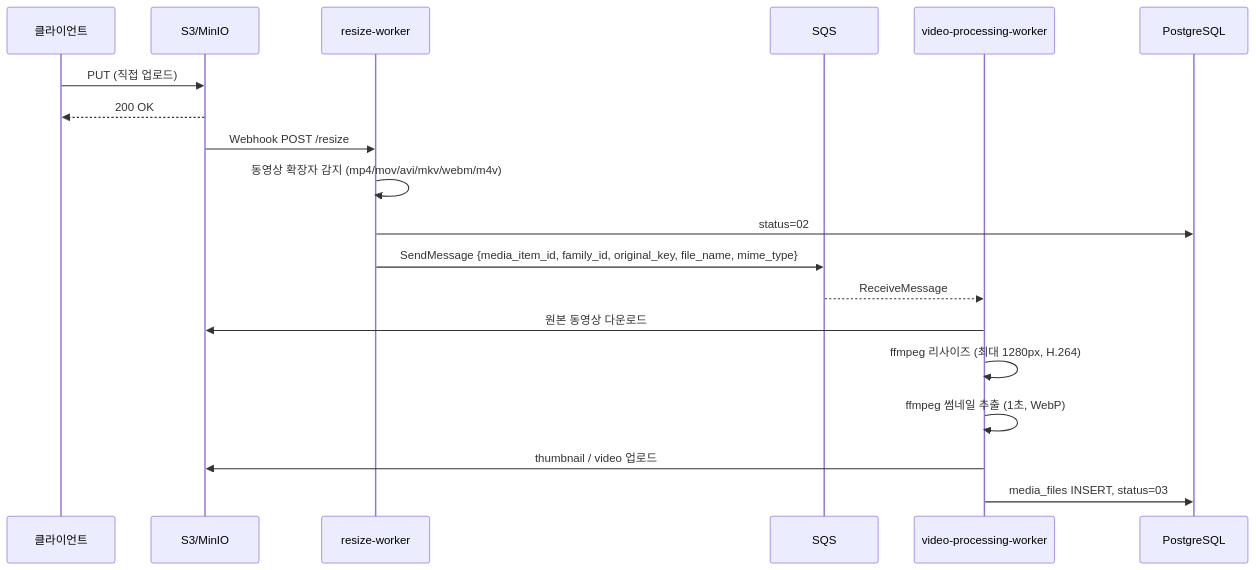
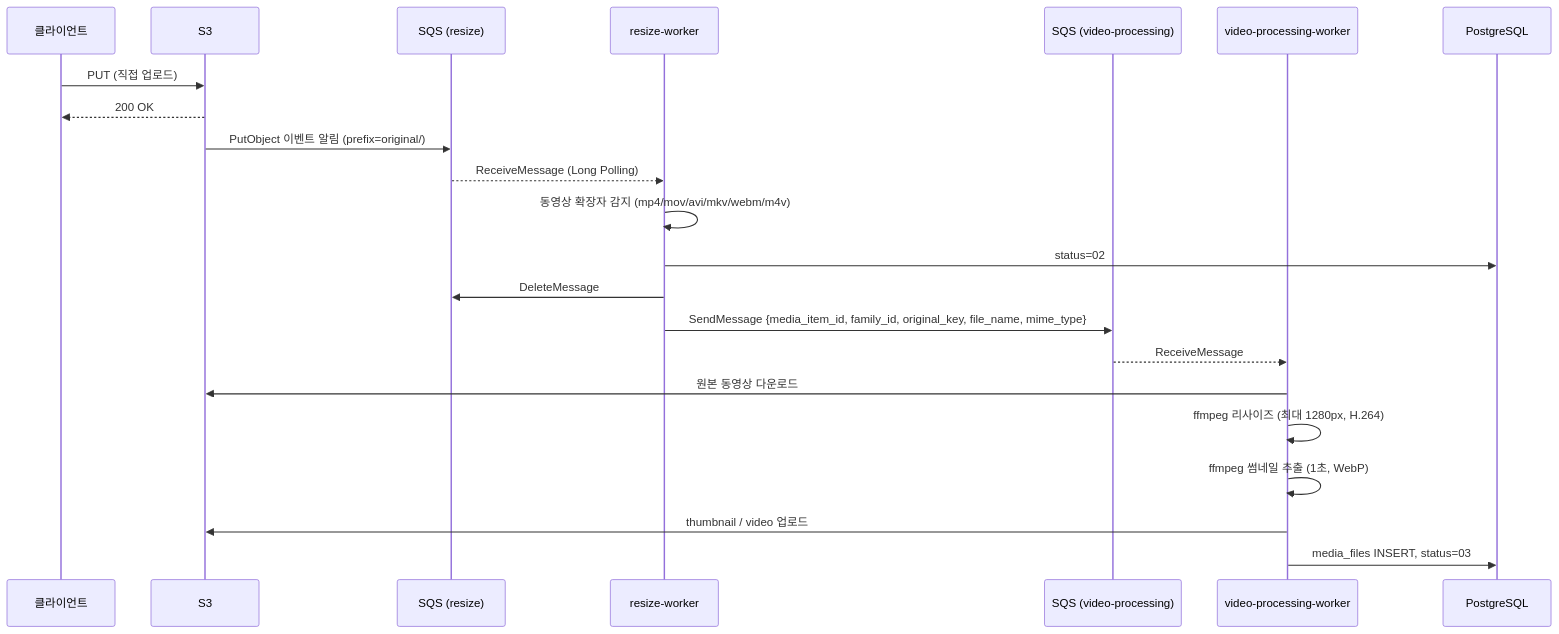
The third of 3 diagrams in docs/02-upload-pipeline.md (ywl0806/yuno_kiroku), drawn with Mermaid before and after one commit. The commit also changed other lines of this file and 22 other files, not shown here.

````diff
--- a/docs/02-upload-pipeline.md
+++ b/docs/02-upload-pipeline.md
@@ -106,24 +109,27 @@
 ```mermaid
 sequenceDiagram
     participant C as 클라이언트
-    participant S3 as S3/MinIO
+    participant S3 as S3
+    participant SQS_R as SQS (resize)
     participant RW as resize-worker
-    participant SQS as SQS
+    participant SQS as SQS (video-processing)
     participant VW as video-processing-worker
     participant DB as PostgreSQL
 
     C->>S3: PUT (직접 업로드)
     S3-->>C: 200 OK
+    S3->>SQS_R: PutObject 이벤트 알림 (prefix=original/)
 
-    S3->>RW: Webhook POST /resize
+    SQS_R-->>RW: ReceiveMessage (Long Polling)
     RW->>RW: 동영상 확장자 감지 (mp4/mov/avi/mkv/webm/m4v)
     RW->>DB: status=02
+    RW->>SQS_R: DeleteMessage
     RW->>SQS: SendMessage {media_item_id, family_id, original_key, file_name, mime_type}
 
     SQS-->>VW: ReceiveMessage
     VW->>S3: 원본 동영상 다운로드
     VW->>VW: ffmpeg 리사이즈 (최대 1280px, H.264)
     VW->>VW: ffmpeg 썸네일 추출 (1초, WebP)
     VW->>S3: thumbnail / video 업로드
     VW->>DB: media_files INSERT, status=03
 ```
````
